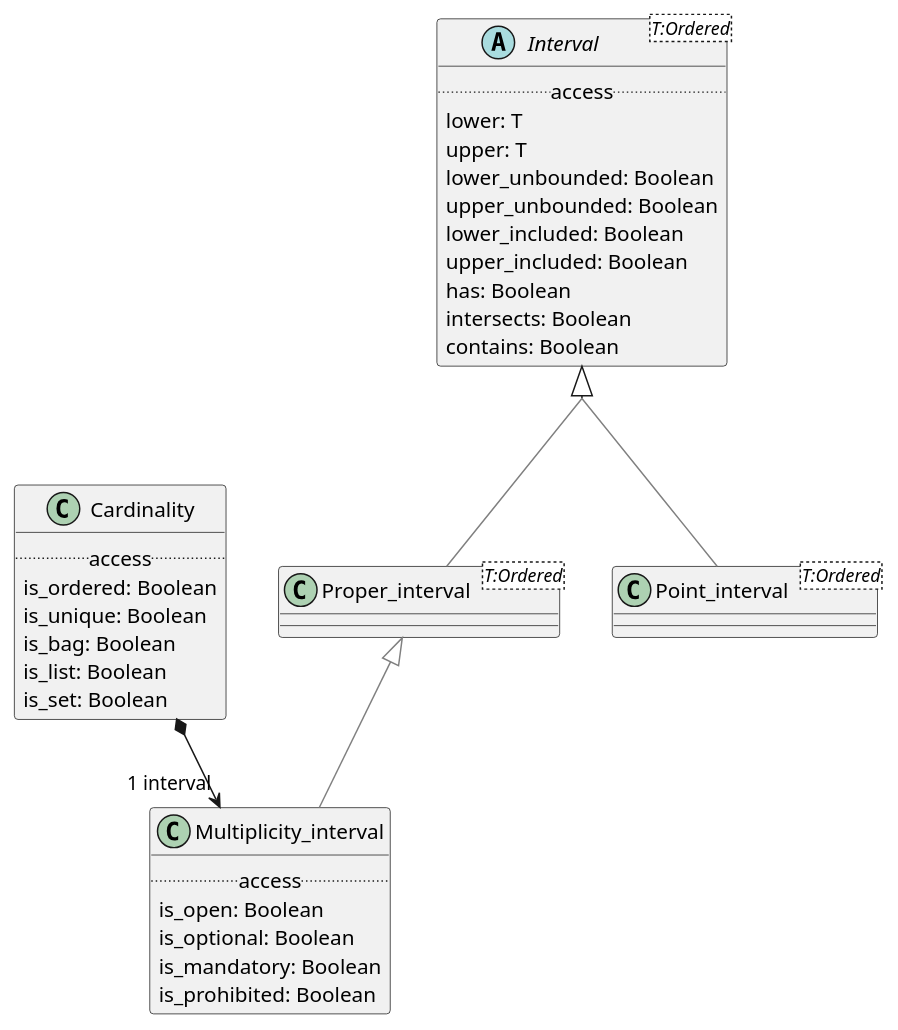
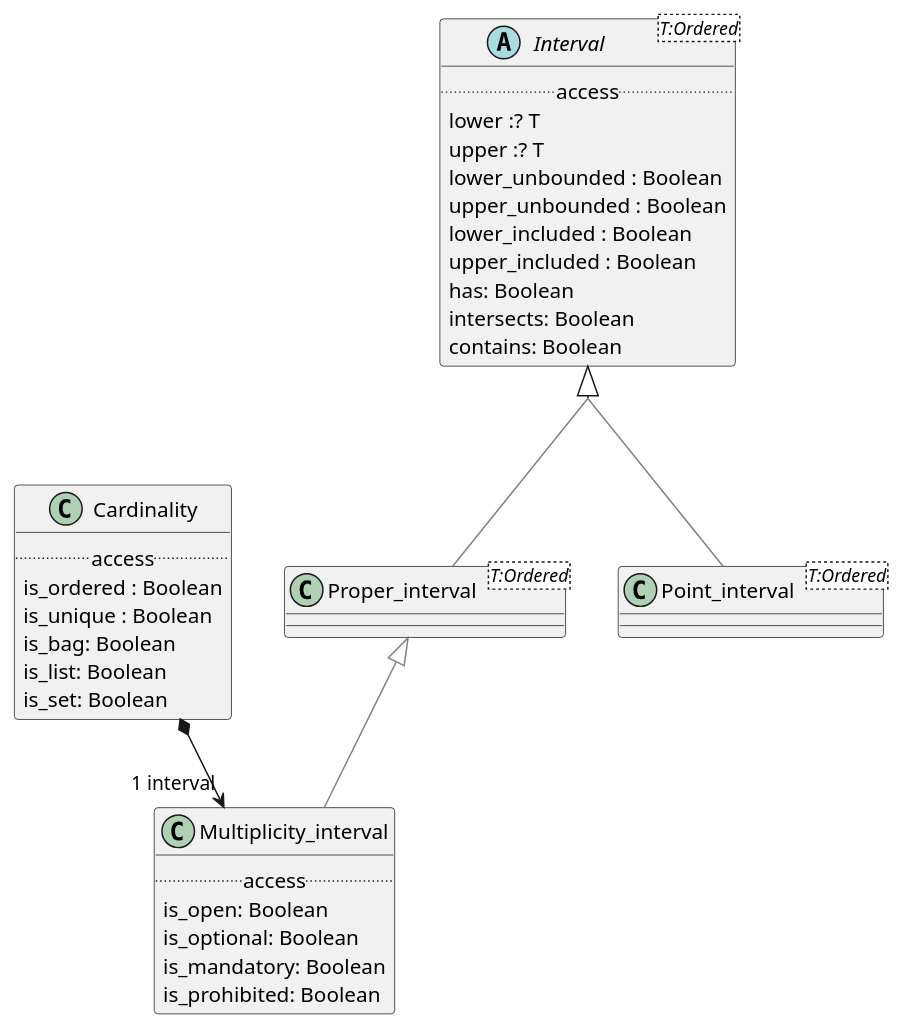
Before and after one commit to wolandscat/openehr-doc: the diagram in modules/ROOT/examples/bmm/representation/builtin_types/interval/interval-package-uml.adoc, drawn with PlantUML. The commit also changed 1814 other files, not shown here.

```diff
--- a/modules/ROOT/examples/bmm/representation/builtin_types/interval/interval-package-uml.adoc
+++ b/modules/ROOT/examples/bmm/representation/builtin_types/interval/interval-package-uml.adoc
@@ -3,56 +3,54 @@
 [plantuml,opts=interactive,link=self]
 ....
 skinparam groupInheritance 2
 skinparam citedClassColor #FDFDFD
 
 
 class Point_interval<T:Ordered> [[/openehr-doc/latest/representation/builtin_types-gen.html#_class_point_interval]] {
 }
 
 Point_interval -[#gray]up-|> Interval  
 
 
 class Cardinality [[/openehr-doc/latest/representation/builtin_types-gen.html#_class_cardinality]] {
         .. access ..
-        is_ordered: Boolean
-        is_unique: Boolean
+        is_ordered : Boolean
+        is_unique : Boolean
         is_bag: Boolean
         is_list: Boolean
         is_set: Boolean
 }
-
 
 Cardinality *--> "1 interval" Multiplicity_interval
 
 class Proper_interval<T:Ordered> [[/openehr-doc/latest/representation/builtin_types-gen.html#_class_proper_interval]] {
 }
 
 Proper_interval -[#gray]up-|> Interval  
 
 
 class Multiplicity_interval [[/openehr-doc/latest/representation/builtin_types-gen.html#_class_multiplicity_interval]] {
         .. access ..
         is_open: Boolean
         is_optional: Boolean
         is_mandatory: Boolean
         is_prohibited: Boolean
 }
 
 Multiplicity_interval -[#gray]up-|> Proper_interval  
 
 
 abstract class Interval<T:Ordered> [[/openehr-doc/latest/representation/builtin_types-gen.html#_class_interval]] {
         .. access ..
-        lower: T
-        upper: T
-        lower_unbounded: Boolean
-        upper_unbounded: Boolean
-        lower_included: Boolean
-        upper_included: Boolean
+        lower :? T
+        upper :? T
+        lower_unbounded : Boolean
+        upper_unbounded : Boolean
+        lower_included : Boolean
+        upper_included : Boolean
         has: Boolean
         intersects: Boolean
         contains: Boolean
 }
 
-
 ....
```
